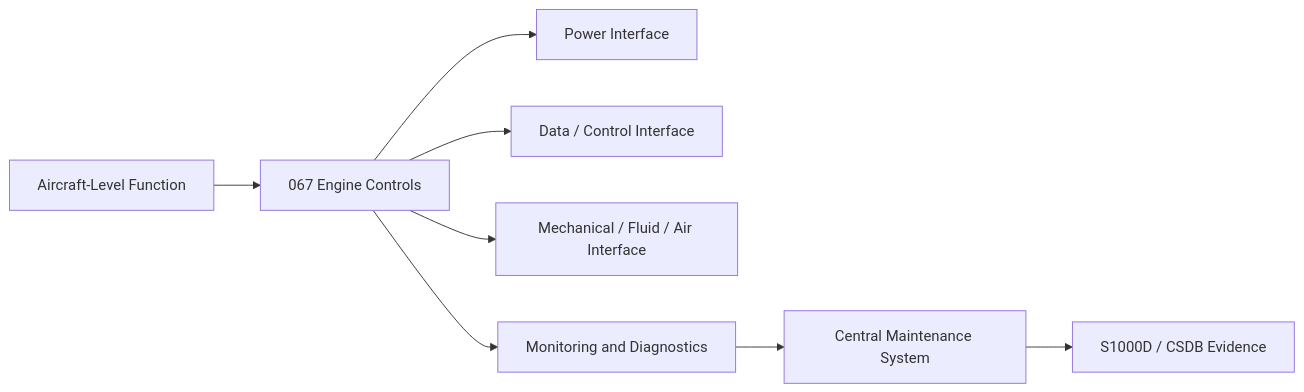
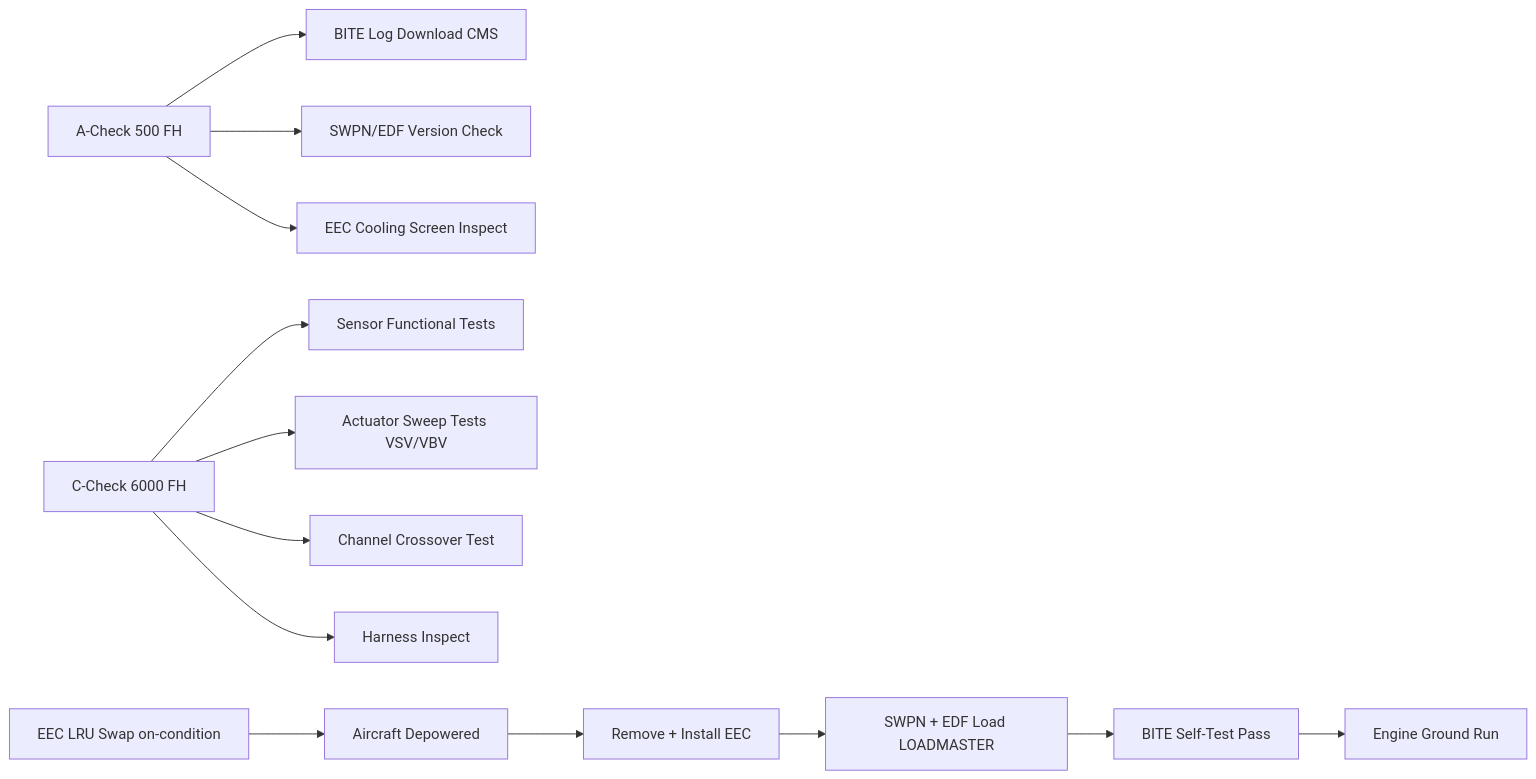
Before and after one commit to AmedeoPelliccia/Qplus-For-All-Queer-People-and-Quantum: the first of 2 diagrams in Q+ATLANTIDE/000-099_ATLAS/060-069_Propulsion-Tradicional/067_Engine-Controls/067-070-Engine-Control-Test-and-Maintenance.md, drawn with Mermaid. The commit also changed other lines of this file and 9 other files, not shown here.

First line of the commit message:
docs: rewrite 067_Engine-Controls — 10 files contextualized for AMPEL360E eWTW

````diff
--- a/Q+ATLANTIDE/000-099_ATLAS/060-069_Propulsion-Tradicional/067_Engine-Controls/067-070-Engine-Control-Test-and-Maintenance.md
+++ b/Q+ATLANTIDE/000-099_ATLAS/060-069_Propulsion-Tradicional/067_Engine-Controls/067-070-Engine-Control-Test-and-Maintenance.md
@@ -153,10 +95,15 @@
 ```mermaid
 flowchart LR
-    A[Aircraft-Level Function] --> B[067 Engine Controls]
-    B --> C[Power Interface]
-    B --> D[Data / Control Interface]
-    B --> E[Mechanical / Fluid / Air Interface]
-    B --> F[Monitoring and Diagnostics]
-    F --> G[Central Maintenance System]
-    G --> H[S1000D / CSDB Evidence]
+    A_CHECK[A-Check 500 FH] --> BITE_DL[BITE Log Download CMS]
+    A_CHECK --> SWPN_CHK[SWPN/EDF Version Check]
+    A_CHECK --> SCREEN[EEC Cooling Screen Inspect]
+    C_CHECK[C-Check 6000 FH] --> SENSOR_TEST[Sensor Functional Tests]
+    C_CHECK --> ACT_TEST[Actuator Sweep Tests VSV/VBV]
+    C_CHECK --> CH_CROSS[Channel Crossover Test]
+    C_CHECK --> HARNESS[Harness Inspect]
+    EEC_SWAP[EEC LRU Swap on-condition] --> DEPOWER[Aircraft Depowered]
+    DEPOWER --> SWAP[Remove + Install EEC]
+    SWAP --> LOAD[SWPN + EDF Load LOADMASTER]
+    LOAD --> BITE_TEST[BITE Self-Test Pass]
+    BITE_TEST --> GND_RUN[Engine Ground Run]
 ```
````
